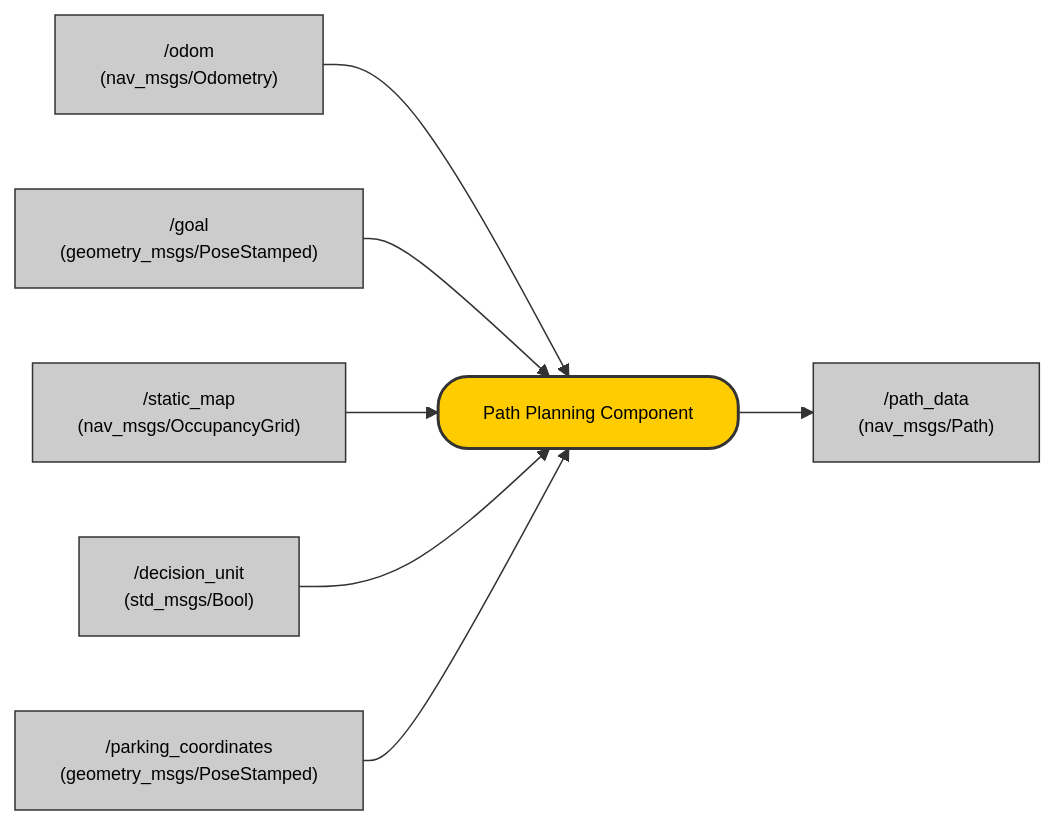
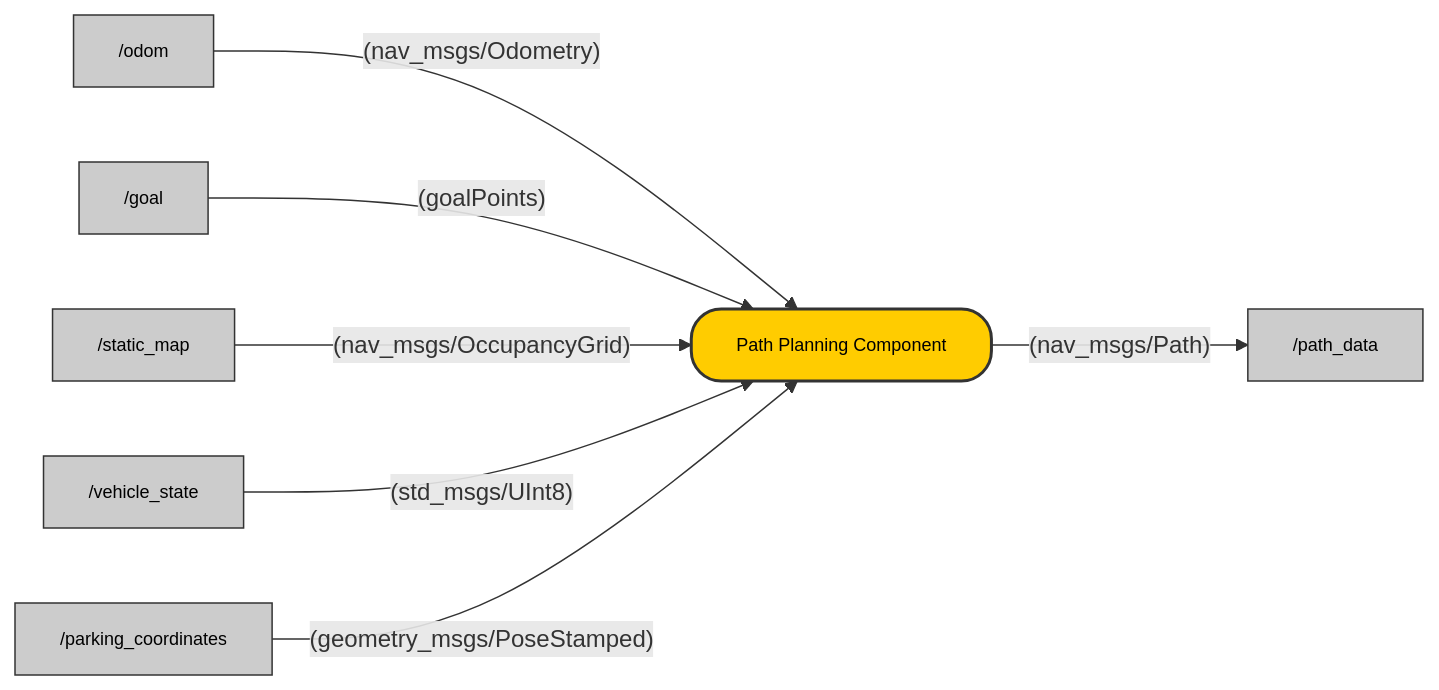
Before and after one commit to Savaliya-Ravi/Path_planning: the diagram in README.md, drawn with Mermaid. The commit also changed other lines of this file, not shown here.

````diff
--- a/README.md
+++ b/README.md
@@ -14,18 +15,18 @@
 ```mermaid
 graph LR
-    Odom["/odom<br/>(nav_msgs/Odometry)"] --> PathPlanning["Path Planning Component"]
-    Goal["/goal<br/>(geometry_msgs/PoseStamped)"] --> PathPlanning
-    Map["/static_map<br/>(nav_msgs/OccupancyGrid)"] --> PathPlanning
-    Decision["/decision_unit<br/>(std_msgs/Bool)"] --> PathPlanning
-    Parking["/parking_coordinates<br/>(geometry_msgs/PoseStamped)"] --> PathPlanning
+    Odom["/odom"] -->|"(nav_msgs/Odometry)"| PathPlanning["Path Planning Component"]
+    Goal["/goal"] -->|"(goalPoints)"| PathPlanning
+    Map["/static_map"] -->|"(nav_msgs/OccupancyGrid)"| PathPlanning
+    Decision["/vehicle_state"] -->|"(std_msgs/UInt8)"| PathPlanning
+    Parking["/parking_coordinates"] -->|"(geometry_msgs/PoseStamped)"| PathPlanning
 
-    PathPlanning --> PathData["/path_data<br/>(nav_msgs/Path)"]
+    PathPlanning -->|"(nav_msgs/Path)"| PathData["/path_data"]
 
     %% Styling
     class PathPlanning yellowRounded;
     class Odom,Goal,Map,Decision,Parking,PathData graySquare;
 
     %% Class definitions
     classDef yellowRounded fill:#ffcc00,stroke:#333333,stroke-width:2px,rx:20,ry:20,color:#000000,font-size:12px,text-align:center;
     classDef graySquare fill:#cccccc,stroke:#333333,stroke-width:1px,rx:0,ry:0,color:#000000,font-size:12px,text-align:center;
 ```
````
